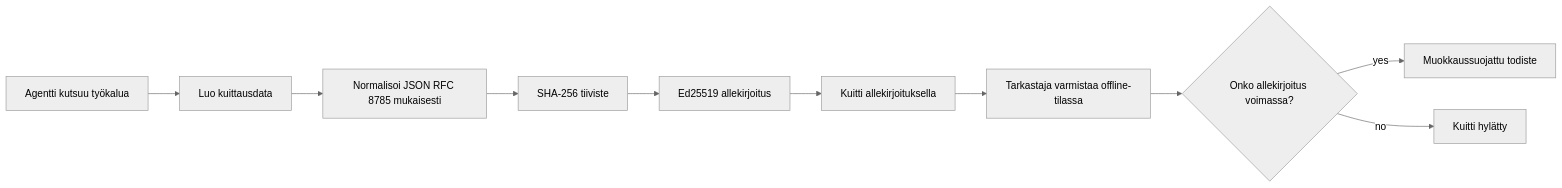
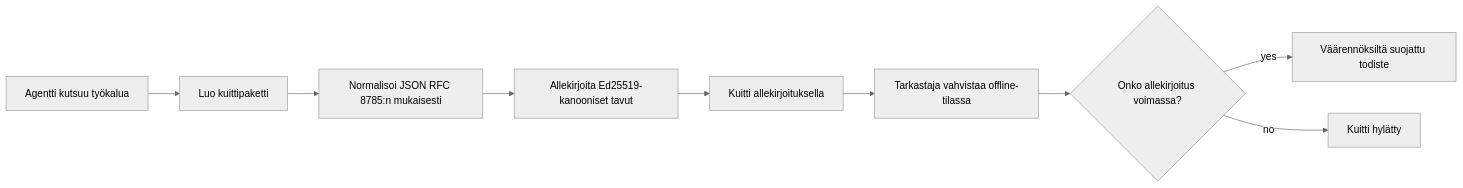
Before and after one commit to gabrielmoreira/agent-skills-mirror: the first of 2 diagrams in mirrors/repos/microsoft@ai-agents-for-beginners/translations/fi/18-securing-ai-agents/README.md, drawn with Mermaid (neutral theme). The commit also changed other lines of this file and 4262 other files, not shown here.

````diff
--- a/mirrors/repos/microsoft@ai-agents-for-beginners/translations/fi/18-securing-ai-agents/README.md
+++ b/mirrors/repos/microsoft@ai-agents-for-beginners/translations/fi/18-securing-ai-agents/README.md
@@ -51,12 +51,11 @@
 ```mermaid
 flowchart LR
-    A[Agentti kutsuu työkalua] --> B[Luo kuittausdata]
-    B --> C[Normalisoi JSON RFC 8785 mukaisesti]
-    C --> D[SHA-256 tiiviste]
-    D --> E[Ed25519 allekirjoitus]
+    A[Agentti kutsuu työkalua] --> B[Luo kuittipaketti]
+    B --> C[Normalisoi JSON RFC 8785:n mukaisesti]
+    C --> E[Allekirjoita Ed25519-kanooniset tavut]
     E --> F[Kuitti allekirjoituksella]
-    F --> G[Tarkastaja varmistaa offline-tilassa]
+    F --> G[Tarkastaja vahvistaa offline-tilassa]
     G --> H{Onko allekirjoitus voimassa?}
-    H -- yes --> I[Muokkaussuojattu todiste]
+    H -- yes --> I[Väärennöksiltä suojattu todiste]
     H -- no --> J[Kuitti hylätty]
 ```
````
